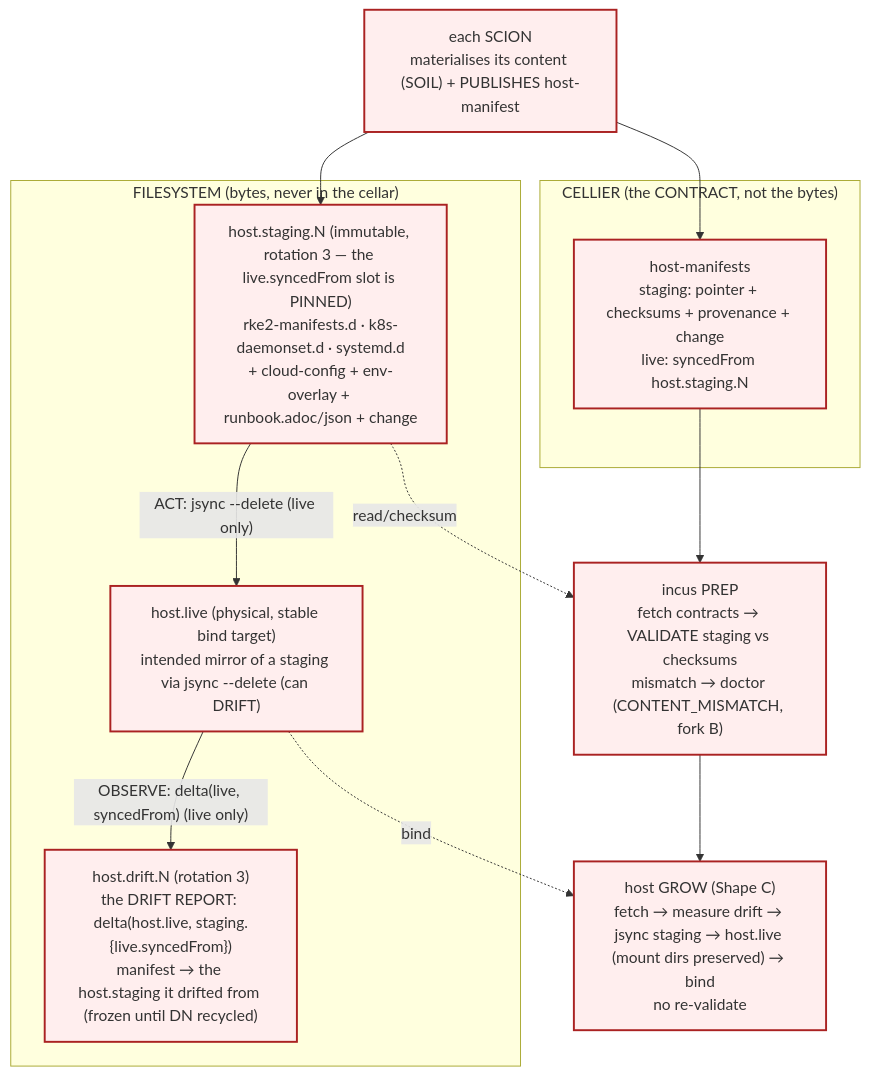
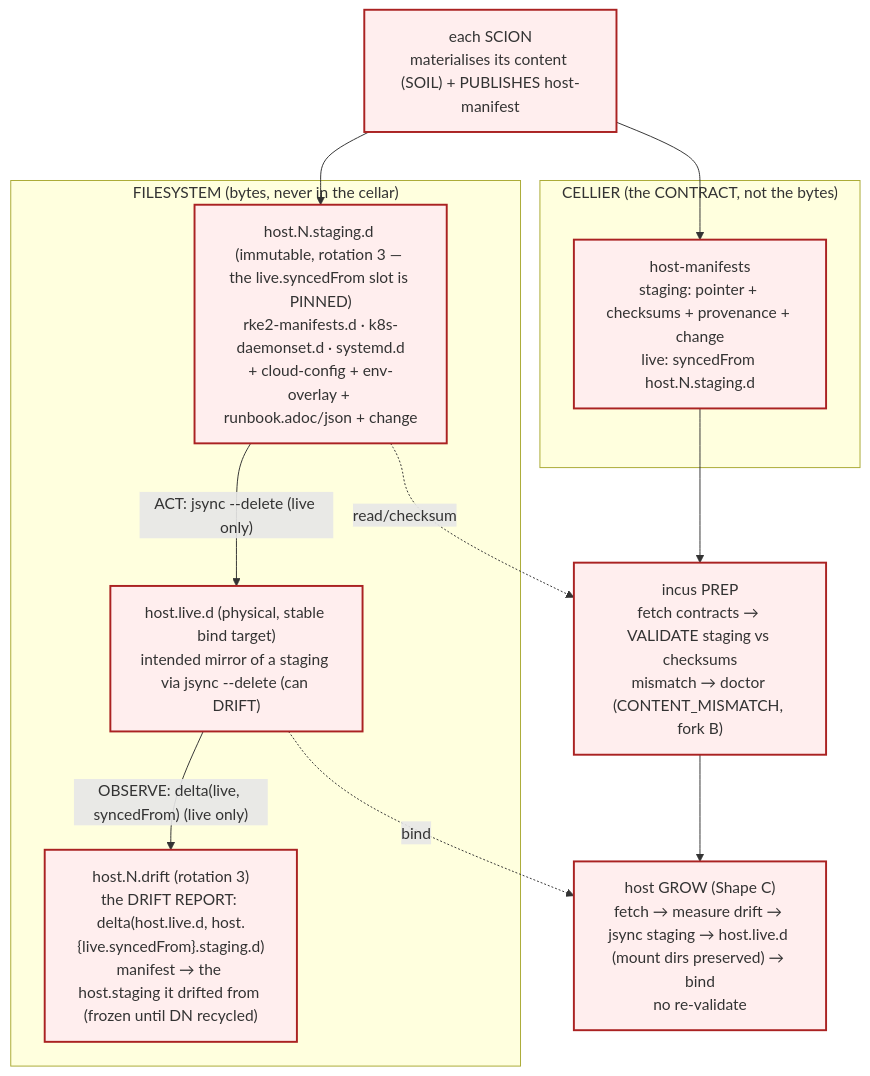
The seventh of 7 diagrams in docs/architecture/atlas/seed.adoc (nxmatic/rke2lab), drawn with Mermaid before and after one commit. The commit also changed other lines of this file and 15 other files, not shown here.

```diff
--- a/docs/architecture/atlas/seed.adoc
+++ b/docs/architecture/atlas/seed.adoc
@@ -554,26 +554,26 @@
 [mermaid]
 ....
 flowchart TB
   subgraph fs["FILESYSTEM (bytes, never in the cellar)"]
-    stg["host.staging.N (immutable, rotation 3 — the live.syncedFrom slot is PINNED)<br/>rke2-manifests.d · k8s-daemonset.d · systemd.d<br/>+ cloud-config + env-overlay + runbook.adoc/json + change"]
-    live["host.live (physical, stable bind target)<br/>intended mirror of a staging via jsync --delete (can DRIFT)"]
-    drift["host.drift.N (rotation 3)<br/>the DRIFT REPORT: delta(host.live, staging.{live.syncedFrom})<br/>manifest → the host.staging it drifted from (frozen until DN recycled)"]
+    stg["host.N.staging.d (immutable, rotation 3 — the live.syncedFrom slot is PINNED)<br/>rke2-manifests.d · k8s-daemonset.d · systemd.d<br/>+ cloud-config + env-overlay + runbook.adoc/json + change"]
+    live["host.live.d (physical, stable bind target)<br/>intended mirror of a staging via jsync --delete (can DRIFT)"]
+    drift["host.N.drift (rotation 3)<br/>the DRIFT REPORT: delta(host.live.d, host.{live.syncedFrom}.staging.d)<br/>manifest → the host.staging it drifted from (frozen until DN recycled)"]
   end
   subgraph cel["CELLIER (the CONTRACT, not the bytes)"]
-    hm["host-manifests<br/>staging: pointer + checksums + provenance + change<br/>live: syncedFrom host.staging.N"]
+    hm["host-manifests<br/>staging: pointer + checksums + provenance + change<br/>live: syncedFrom host.N.staging.d"]
   end
   scion["each SCION<br/>materialises its content (SOIL) + PUBLISHES host-manifest"]
   prep["incus PREP<br/>fetch contracts → VALIDATE staging vs checksums<br/>mismatch → doctor (CONTENT_MISMATCH, fork B)"]
-  grow["host GROW (Shape C)<br/>fetch → measure drift → jsync staging → host.live (mount dirs preserved) → bind<br/>no re-validate"]
+  grow["host GROW (Shape C)<br/>fetch → measure drift → jsync staging → host.live.d (mount dirs preserved) → bind<br/>no re-validate"]
   scion --> stg
   scion --> hm
   hm --> prep
   stg -. read/checksum .-> prep
   prep --> grow
   live -->|"OBSERVE: delta(live, syncedFrom) (live only)"| drift
   stg -->|"ACT: jsync --delete (live only)"| live
   live -. bind .-> grow
   classDef done fill:#dfd,stroke:#2a2;
   classDef todo fill:#fee,stroke:#a22,stroke-width:2px;
   class scion,prep,grow,stg,hm,live,drift todo;
 ....
```
